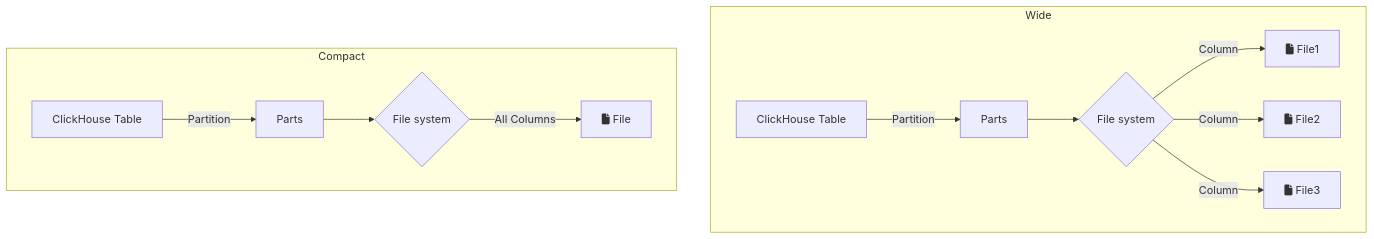
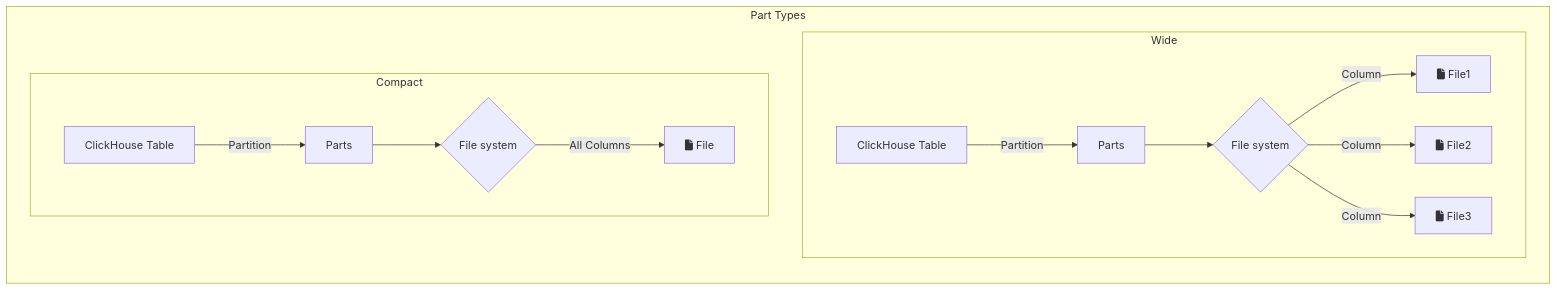
The second of 2 diagrams in alter/table/requirements/replace_partition.md (Altinity/clickhouse-regression), drawn with Mermaid before and after one commit. The commit also changed other lines of this file and 1 other file, not shown here.

````diff
--- a/alter/table/requirements/replace_partition.md
+++ b/alter/table/requirements/replace_partition.md
@@ -421,15 +420,18 @@
 ```mermaid
-graph TD
-    subgraph Wide
-    A1[ClickHouse Table] -->|Partition| B1[Parts]
-    B1 --> C1{File system}
-    C1 --> |Column| D1[fas:fa-file File1]
-    C1 --> |Column| E1[fas:fa-file File2]
-    C1 --> |Column| F1[fas:fa-file File3]
-    end
-    subgraph Compact
-    A2[ClickHouse Table] -->|Partition| B2[Parts]
-    B2 --> C2{File system}
-    C2 --> |All Columns| D2[fas:fa-file File]
+graph LR
+    subgraph Part Types
+        subgraph Wide
+        A1[ClickHouse Table] -->|Partition| B1[Parts]
+        B1 --> C1{File system}
+        C1 --> |Column| D1[fas:fa-file File1]
+        C1 --> |Column| E1[fas:fa-file File2]
+        C1 --> |Column| F1[fas:fa-file File3]
+        end
+
+        subgraph Compact
+        A2[ClickHouse Table] -->|Partition| B2[Parts]
+        B2 --> C2{File system}
+        C2 --> |All Columns| D2[fas:fa-file File]
+        end
     end
 ```
````
